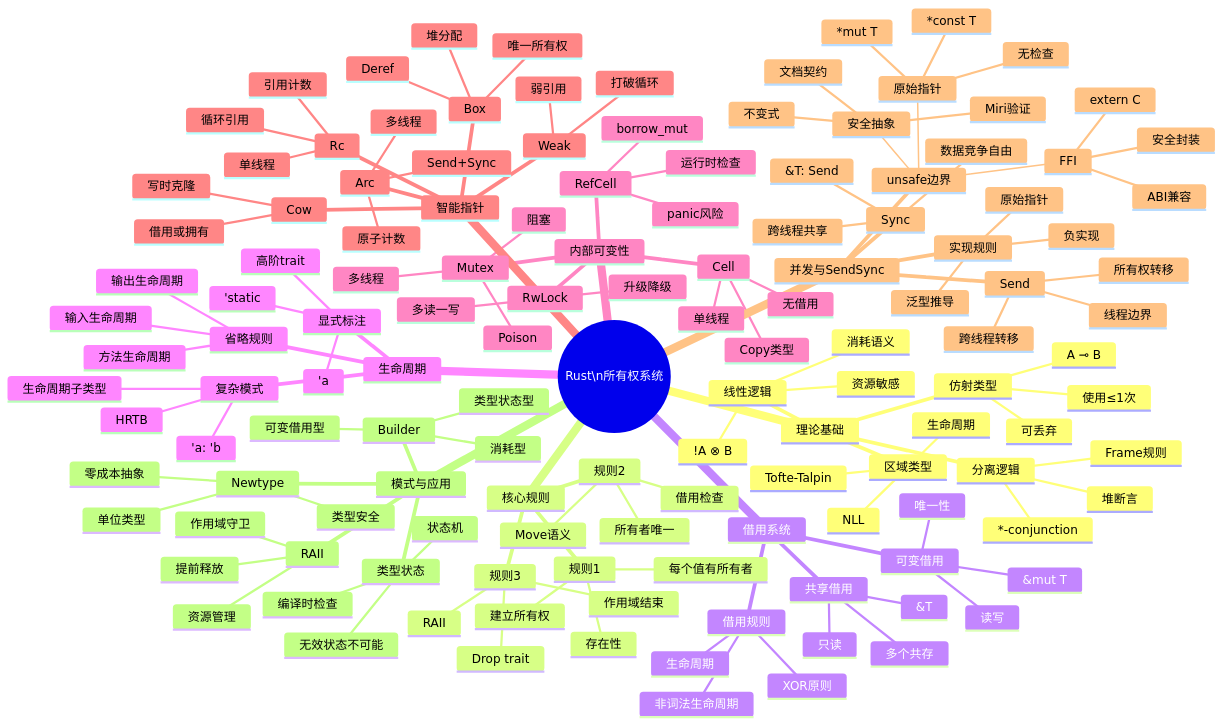
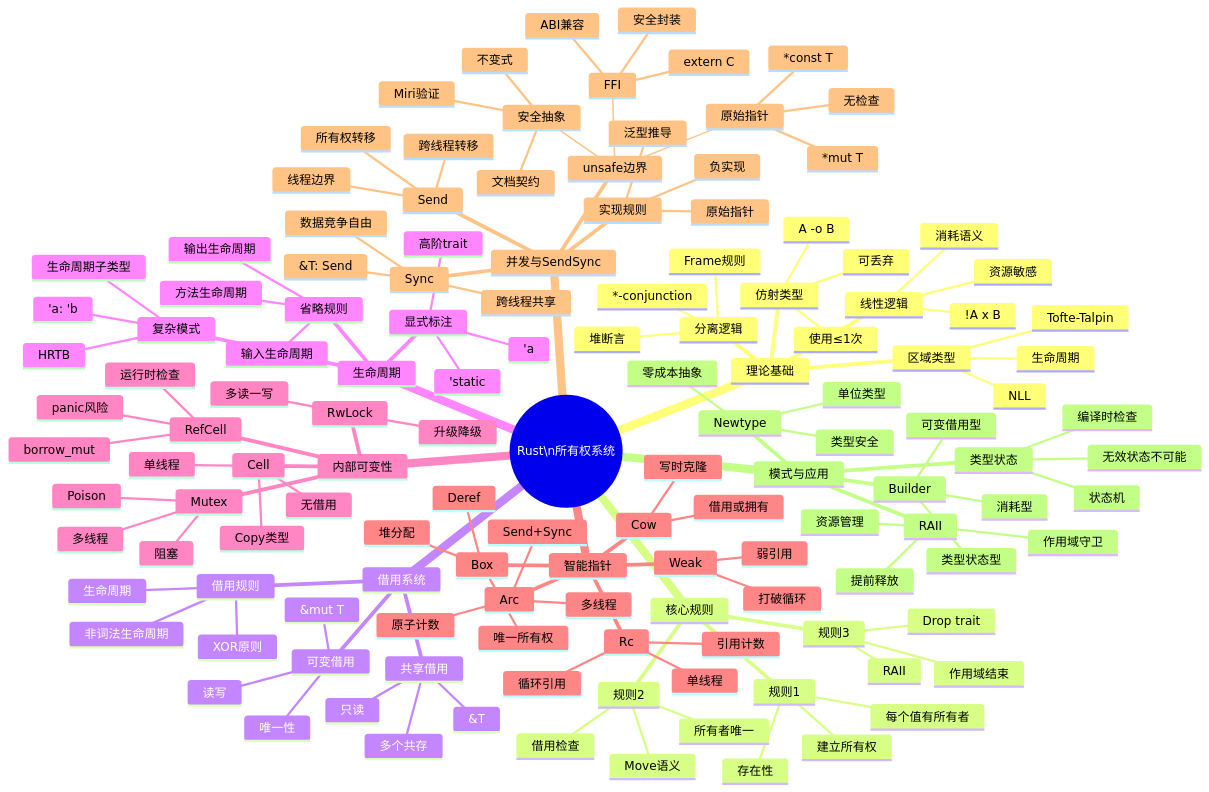
Before and after one commit to martin-ly/rust-lang: the diagram in docs/rust-ownership-decidability/visualizations/ownership-comprehensive-mindmap.md, drawn with Mermaid. The commit also changed other lines of this file and 97 other files, not shown here.

```diff
--- a/docs/rust-ownership-decidability/visualizations/ownership-comprehensive-mindmap.md
+++ b/docs/rust-ownership-decidability/visualizations/ownership-comprehensive-mindmap.md
@@ -34,11 +35,11 @@
     理论基础
       线性逻辑
         资源敏感
-        !A ⊗ B
+        !A x B
         消耗语义
       仿射类型
         使用≤1次
-        A ⊸ B
+        A -o B
         可丢弃
       分离逻辑
         堆断言
```
